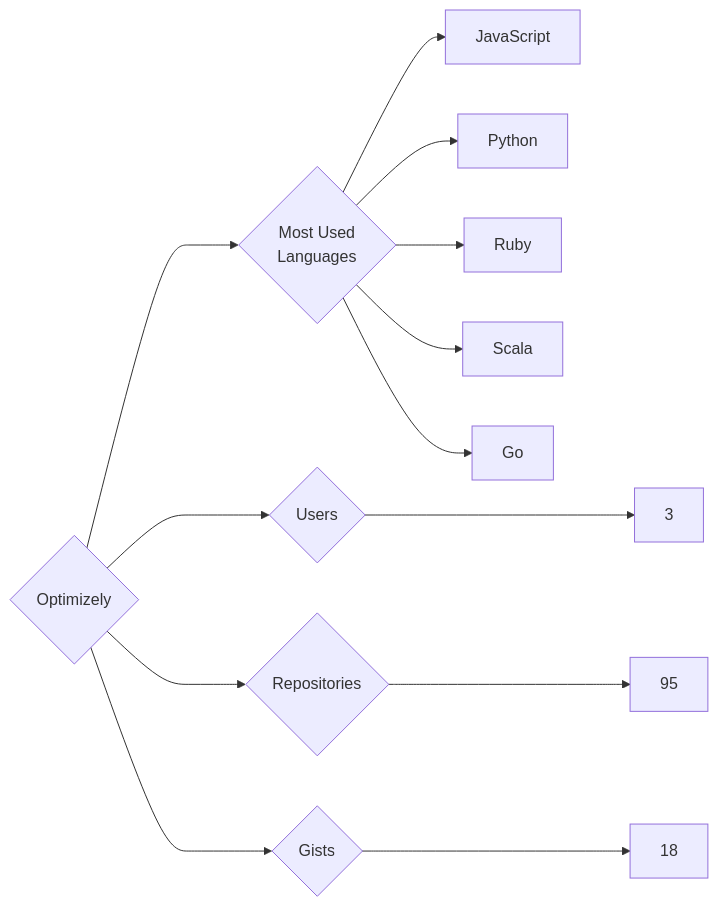
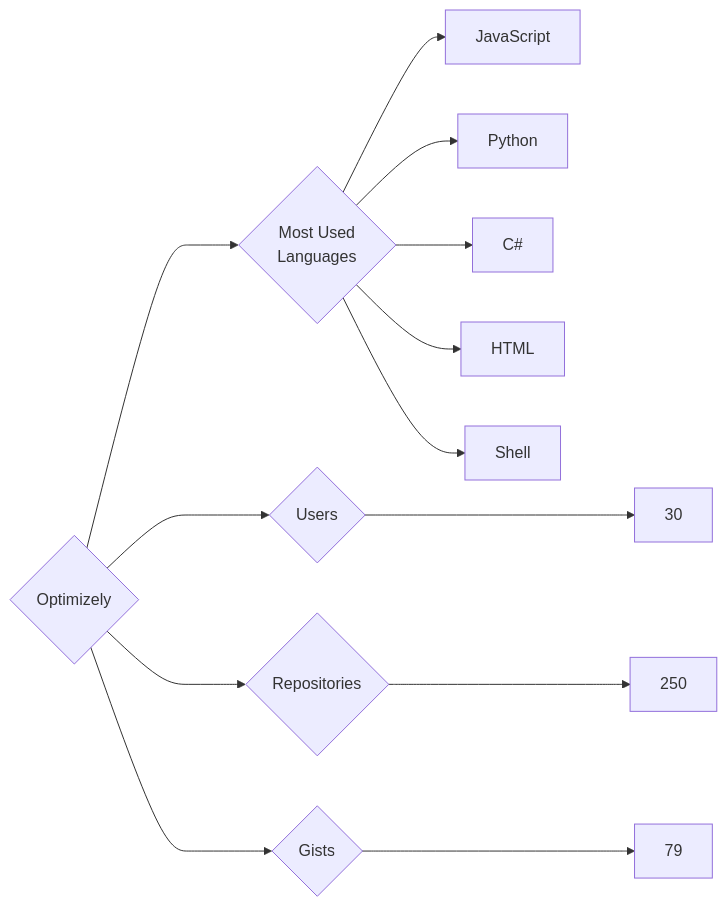
The diagram in targets/Optimizely/README.md (trickest/insiders), drawn with Mermaid before and after one commit. The commit also changed 748 other files, not shown here.

````diff
--- a/targets/Optimizely/README.md
+++ b/targets/Optimizely/README.md
@@ -3,13 +3,13 @@
 ```mermaid
 graph LR
 COMPANY_NAME{Optimizely}
-COMPANY_NAME ---> U{Users} ---> UN[3]
-COMPANY_NAME ---> R{Repositories} ---> RN[95]
-COMPANY_NAME ---> G{Gists} ---> GN[18]
+COMPANY_NAME ---> U{Users} ---> UN[30]
+COMPANY_NAME ---> R{Repositories} ---> RN[250]
+COMPANY_NAME ---> G{Gists} ---> GN[79]
 COMPANY_NAME ---> ML{Most Used<br>Languages}
 ML --> JavaScript[JavaScript]
 ML --> Python[Python]
-ML --> Ruby[Ruby]
-ML --> Scala[Scala]
-ML --> Go[Go]
+ML --> C#[C#]
+ML --> HTML[HTML]
+ML --> Shell[Shell]
 ```
````
